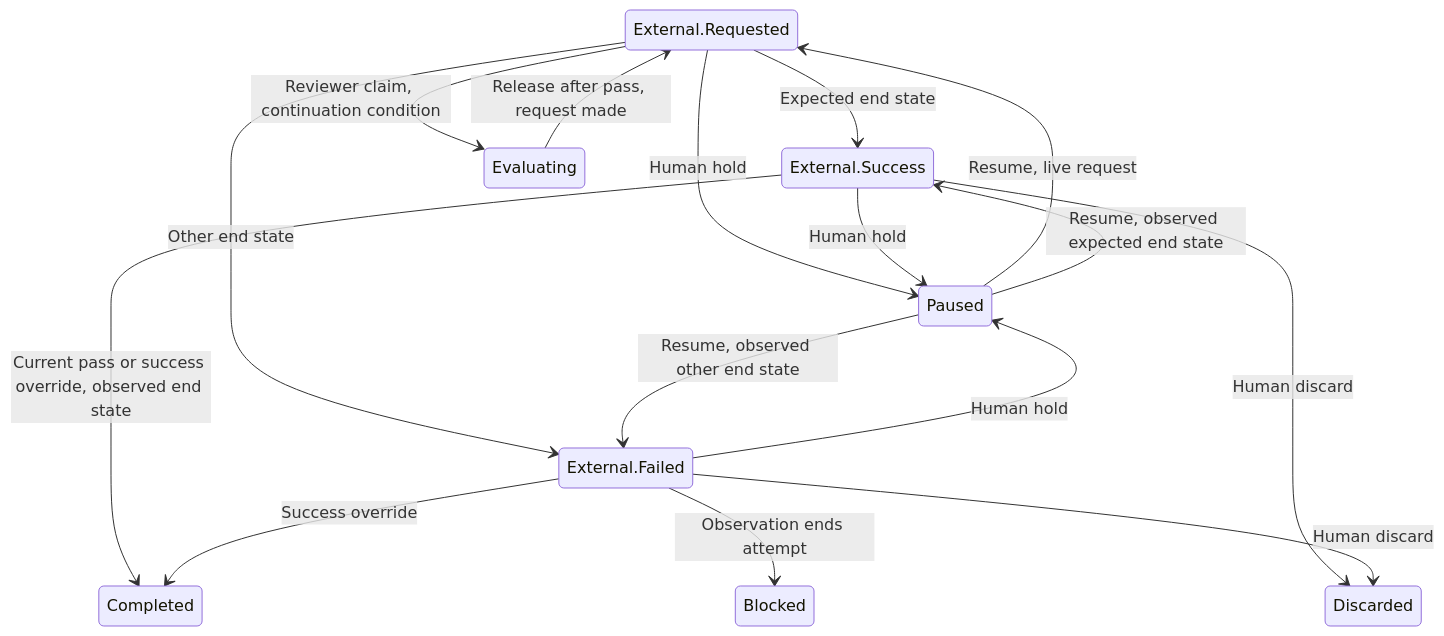
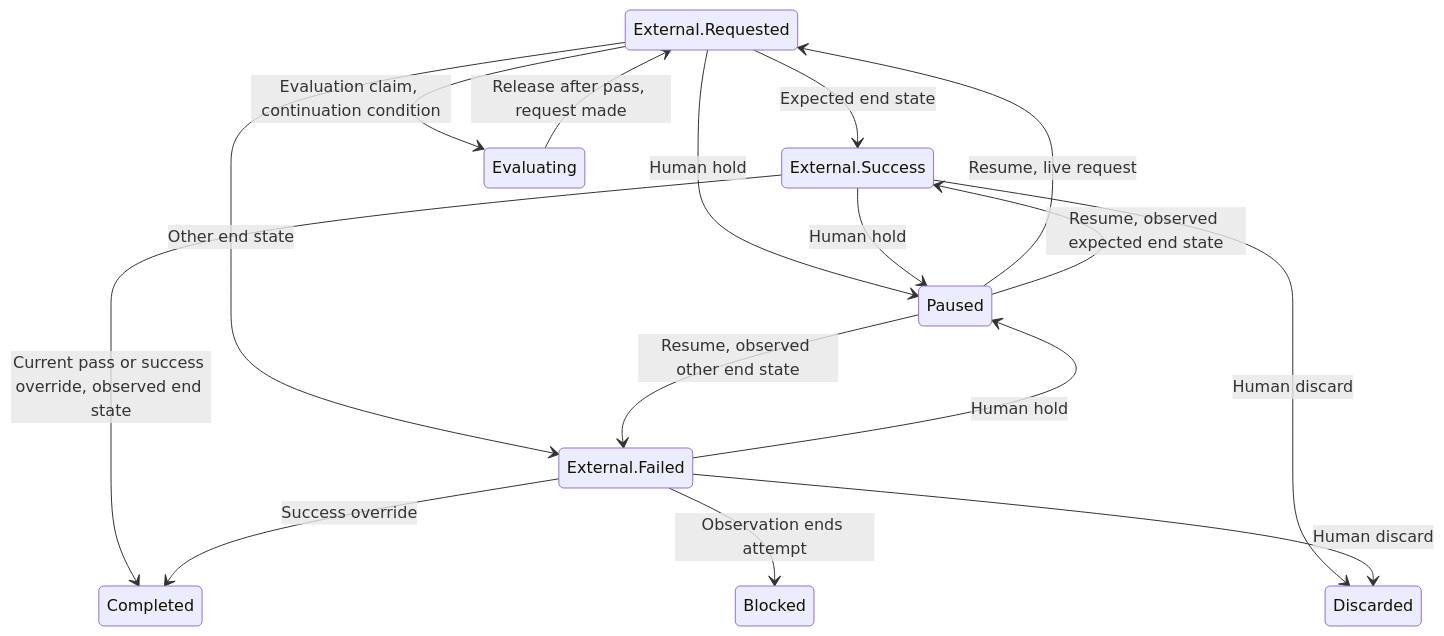
One commit to kanthorlabs/kanthord changed the second of 2 diagrams in docs/mission-service.md. Above: the diagram before and after it, drawn with Mermaid. The commit also changed other lines of this file and 10 other files, not shown here.

````diff
--- a/docs/mission-service.md
+++ b/docs/mission-service.md
@@ -573,21 +573,21 @@
 ```mermaid
 stateDiagram-v2
     state "External.Requested" as ext_requested
     state "External.Success" as ext_success
     state "External.Failed" as ext_failed
     Evaluating --> ext_requested: Release after pass, request made
     ext_requested --> ext_success: Expected end state
     ext_requested --> ext_failed: Other end state
     ext_requested --> Paused: Human hold
-    ext_requested --> Evaluating: Reviewer claim, continuation condition
+    ext_requested --> Evaluating: Evaluation claim, continuation condition
     Paused --> ext_requested: Resume, live request
     Paused --> ext_success: Resume, observed expected end state
     Paused --> ext_failed: Resume, observed other end state
     ext_success --> Completed: Current pass or success override, observed end state
     ext_success --> Paused: Human hold
     ext_success --> Discarded: Human discard
     ext_failed --> Blocked: Observation ends attempt
     ext_failed --> Completed: Success override
     ext_failed --> Paused: Human hold
     ext_failed --> Discarded: Human discard
 ```
````
